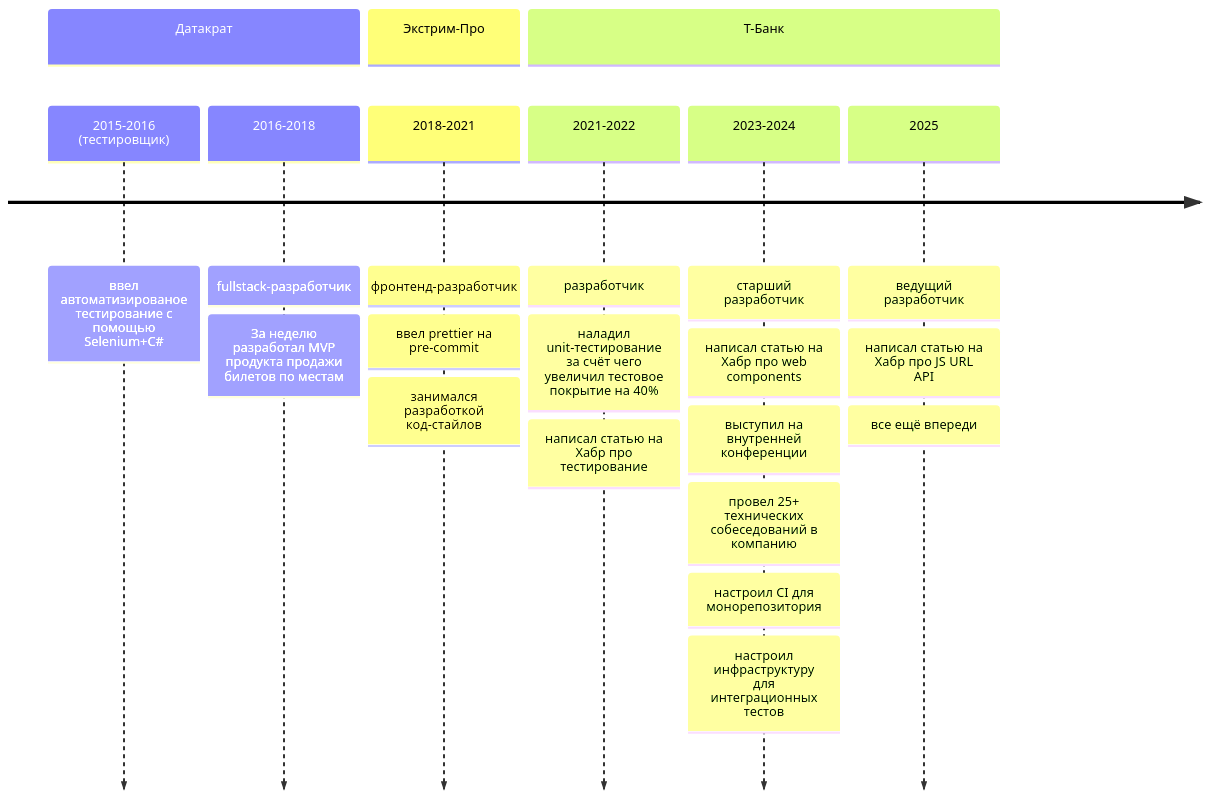
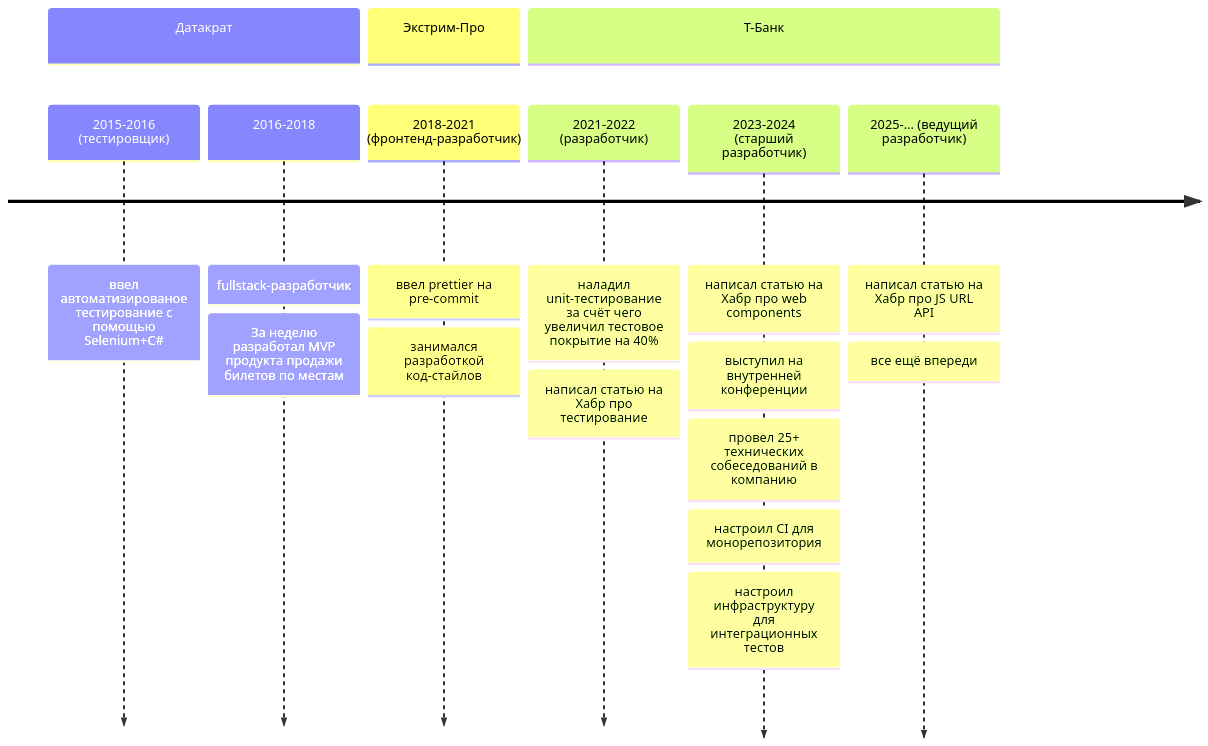
Before and after one commit to Goodzonchik/Goodzonchik: the first of 4 diagrams in README.md, drawn with Mermaid.

````diff
--- a/README.md
+++ b/README.md
@@ -7,24 +7,20 @@
 ```mermaid
 timeline
     section Датакрат
         2015-2016 (тестировщик) : ввел автоматизированое тестирование с помощью Selenium+C#
         2016-2018 : fullstack-разработчик
                   : За неделю разработал MVP продукта продажи билетов по местам
     section Экстрим-Про
-        2018-2021 : фронтенд-разработчик
-                  : ввел prettier на pre-commit
+        2018-2021 (фронтенд-разработчик) : ввел prettier на pre-commit
                   : занимался разработкой код-стайлов
     section Т-Банк
-        2021-2022 : разработчик
-                  : наладил unit-тестирование за счёт чего увеличил тестовое покрытие на 40%
+        2021-2022 (разработчик) : наладил unit-тестирование за счёт чего увеличил тестовое покрытие на 40%
                   : написал статью на Хабр про тестирование
-        2023-2024 : старший разработчик
-                  : написал статью на Хабр про web components
+        2023-2024 (старший разработчик) : написал статью на Хабр про web components
                   : выступил на внутренней конференции
                   : провел 25+ технических собеседований в компанию
                   : настроил CI для монорепозитория
                   : настроил инфраструктуру для интеграционных тестов
-        2025      : ведущий разработчик
-                  : написал статью на Хабр про JS URL API
+        2025-... (ведущий разработчик) : написал статью на Хабр про JS URL API
                   : все ещё впереди
 ```
````
